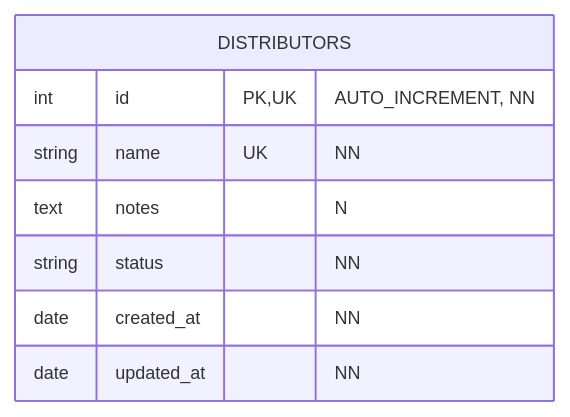
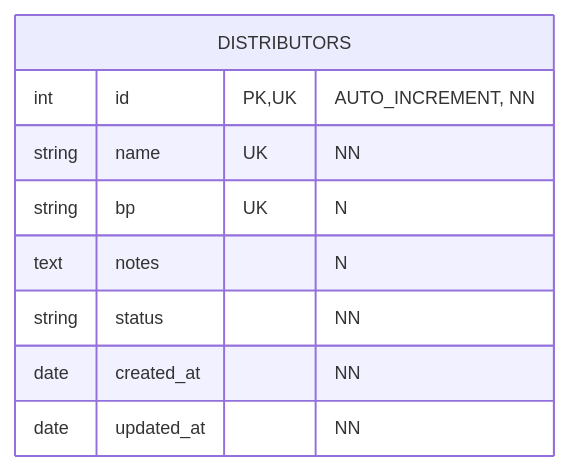
Before and after one commit to Juandiego001/lab-dental: diagram 12 of 42 in docs/db/db.md, drawn with Mermaid. The commit also changed other lines of this file and 24 other files, not shown here.

````diff
--- a/docs/db/db.md
+++ b/docs/db/db.md
@@ -241,12 +243,13 @@
 ```mermaid
 %%{init: {'theme': 'default', 'themeVariables': { 'fontSize': '12px', 'entityPadding': '5' }}}%%
 erDiagram
     DISTRIBUTORS {
         int id PK, UK "AUTO_INCREMENT, NN"
         string name UK "NN"
+        string bp UK "N"
         text notes "N"
         string status "NN"
         date created_at "NN"
         date updated_at "NN"
     }
 ```
````
